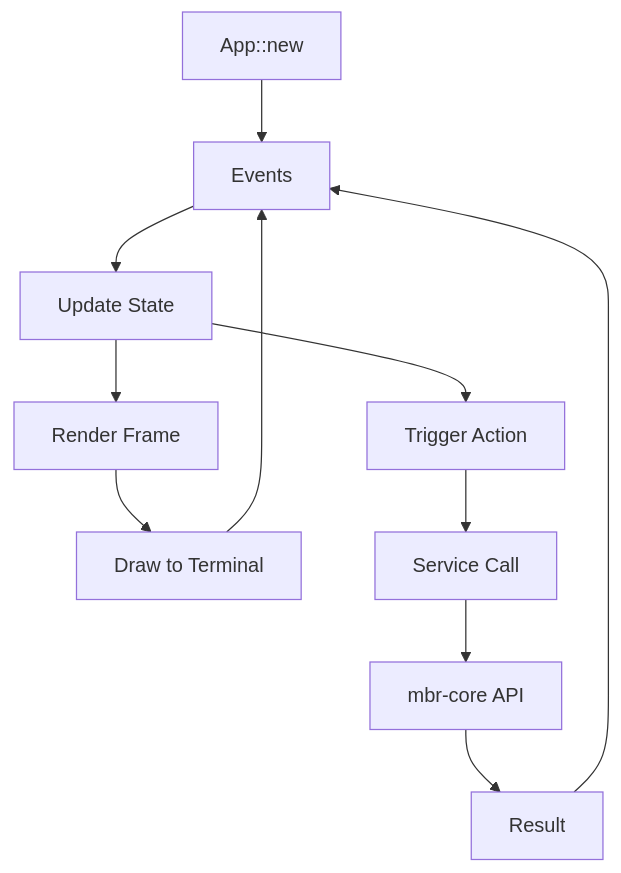
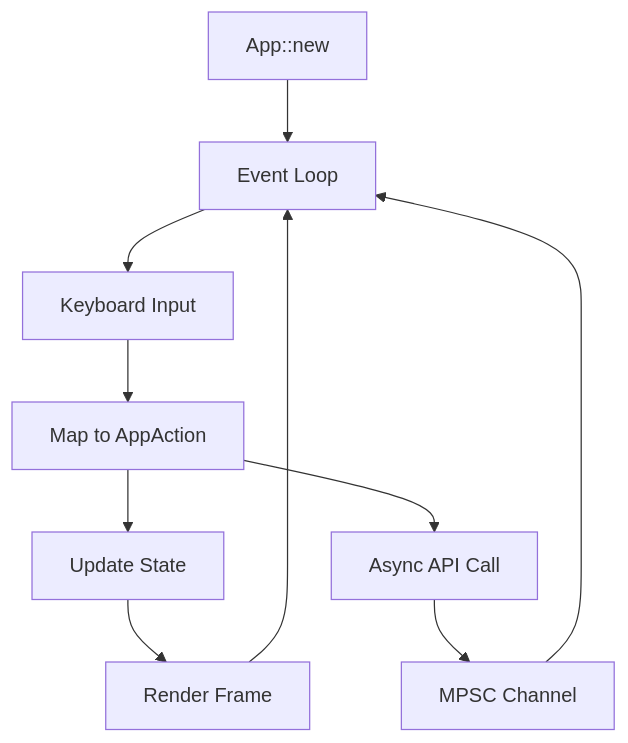
The sixth of 6 diagrams in ARCHITECTURE.md (daisuke8000/mbr-cli), drawn with Mermaid before and after one commit. The commit also changed other lines of this file, not shown here.

First line of the commit message:
docs: rewrite ARCHITECTURE.md for flat CLI, output pipeline, and error codes

````diff
--- a/ARCHITECTURE.md
+++ b/ARCHITECTURE.md
@@ -181,15 +194,13 @@
 ```mermaid
 flowchart TD
-    Init[App::new] --> Events
+    Init[App::new] --> Loop
+    Loop[Event Loop] --> Input[Keyboard Input]
+    Input --> Action[Map to AppAction]
+    Action --> Update[Update State]
+    Update --> Render[Render Frame]
+    Render --> Loop
 
-    Events[Events] --> Update[Update State]
-    Update --> Render[Render Frame]
-    Render --> Draw[Draw to Terminal]
-    Draw --> Events
-
-    Update --> Action[Trigger Action]
-    Action --> Service[Service Call]
-    Service --> Core[mbr-core API]
-    Core --> Result[Result]
-    Result --> Events
+    Action --> Async[Async API Call]
+    Async --> Channel[MPSC Channel]
+    Channel --> Loop
 ```
````
